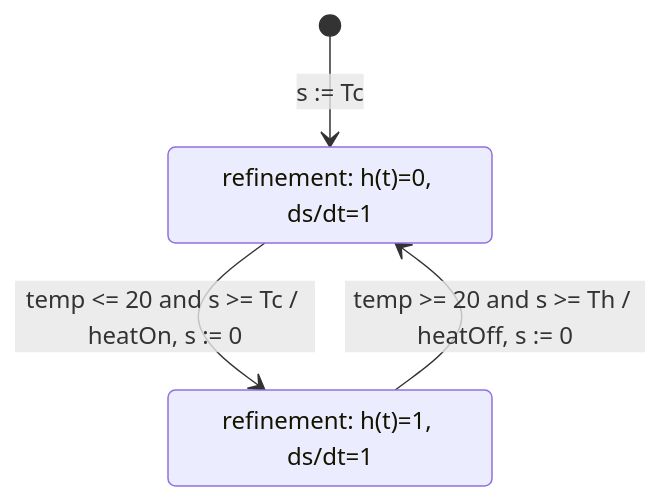
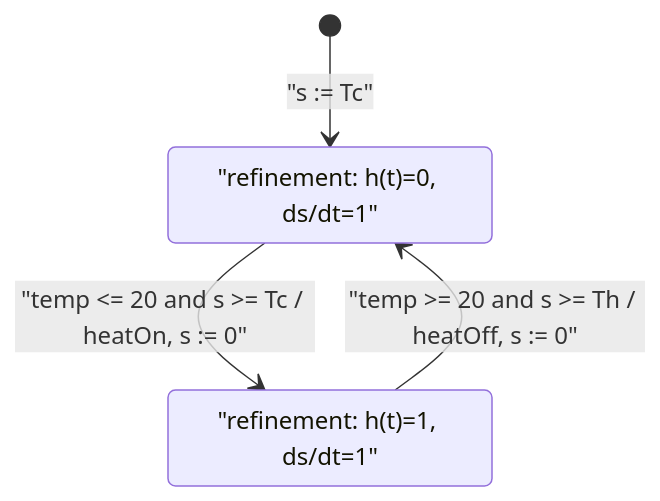
Before and after one commit to justinbrianhwang/SJ-wiki: the diagram in docs/cs/embedded/hybrid-systems.md, drawn with Mermaid. The commit also changed other lines of this file and 955 other files, not shown here.

````diff
--- a/docs/cs/embedded/hybrid-systems.md
+++ b/docs/cs/embedded/hybrid-systems.md
@@ -72,8 +34,8 @@
 ```mermaid
 stateDiagram-v2
-  [*] --> Cooling: s := Tc
-  Cooling --> Heating: temp <= 20 and s >= Tc / heatOn, s := 0
-  Heating --> Cooling: temp >= 20 and s >= Th / heatOff, s := 0
-  Cooling: refinement: h(t)=0, ds/dt=1
-  Heating: refinement: h(t)=1, ds/dt=1
+  [*] --> Cooling: "s := Tc"
+  Cooling --> Heating: "temp <= 20 and s >= Tc / heatOn, s := 0"
+  Heating --> Cooling: "temp >= 20 and s >= Th / heatOff, s := 0"
+  Cooling: "refinement: h(t)=0, ds/dt=1"
+  Heating: "refinement: h(t)=1, ds/dt=1"
 ```
````
